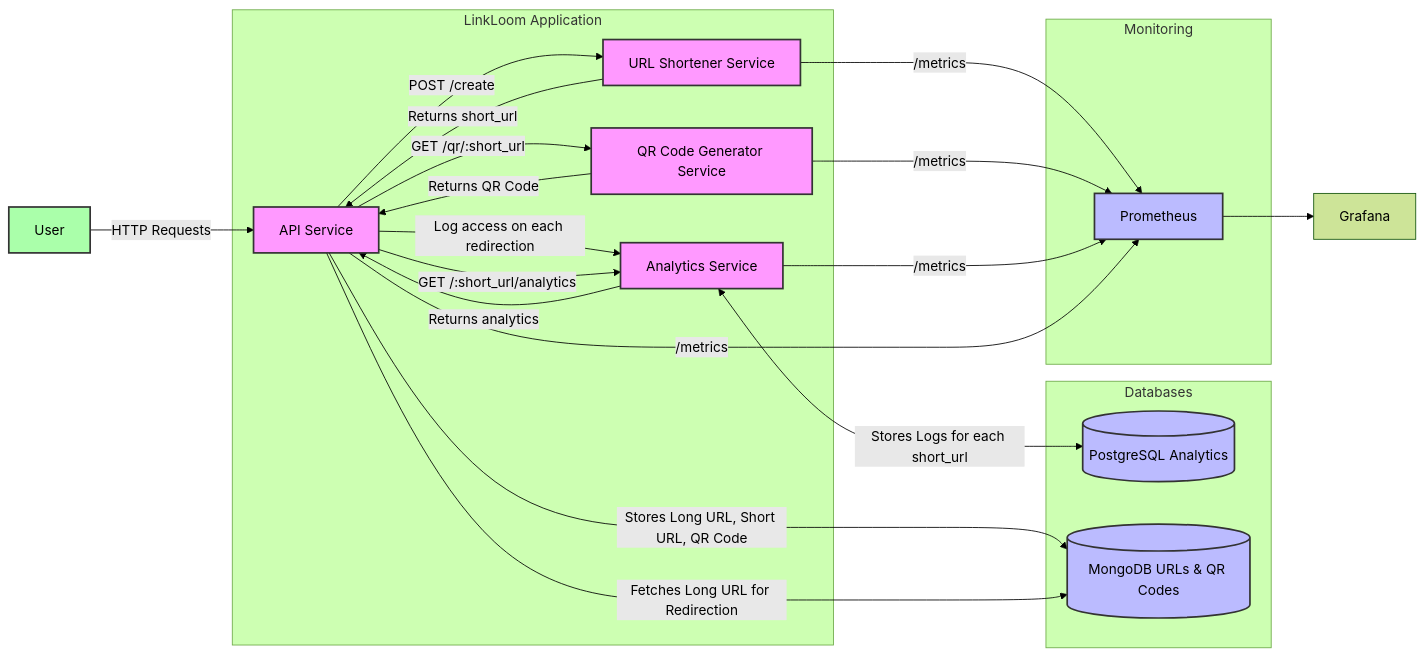
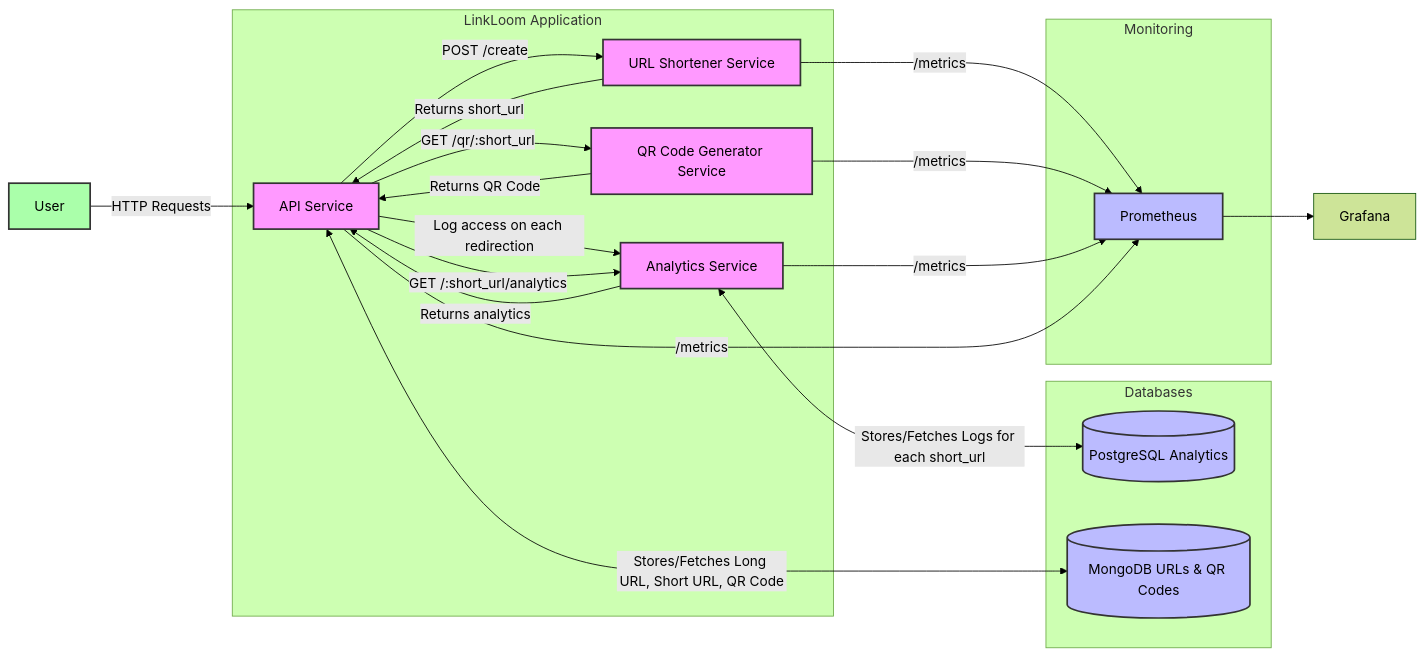
One commit to prajjwalyd/LinkLoom changed the diagram in README.md. Above: the diagram before and after it, drawn with Mermaid (forest theme). The commit also changed other lines of this file, not shown here.

````diff
--- a/README.md
+++ b/README.md
@@ -10,53 +10,52 @@
 ```mermaid
 graph LR
         A1[User]
     
     subgraph "LinkLoom Application"
         A[API Service]
         B[URL Shortener Service]
         C[QR Code Generator Service]
         D[Analytics Service]
     end
     
     subgraph Databases
         E[(PostgreSQL Analytics)]
         F[(MongoDB URLs & QR Codes)]
     end
     
     subgraph Monitoring
         G[Prometheus]
     end
 
     A1 --> |HTTP Requests| A
 
     A --> |POST /create| B
     A --> |GET /qr/:short_url| C
     A --> |Log access on each redirection| D
     A --> |GET /:short_url/analytics| D
     B --> |Returns short_url| A
     C --> |Returns QR Code| A
-    D <--> |Stores Logs for each short_url| E
+    D <--> |Stores/Fetches Logs for each short_url| E
 
     D --> |Returns analytics| A
     
 
-    A --> |Stores Long URL, Short URL, QR Code| F
-    A --> |Fetches Long URL for Redirection| F
+    A <--> |Stores/Fetches Long URL, Short URL, QR Code| F
 
     B --> |/metrics| G
     C --> |/metrics| G
     D --> |/metrics| G
     A --> |/metrics| G
 
     G --> Grafana
 
     style A fill:#f9f,stroke:#333,stroke-width:2px
     style B fill:#f9f,stroke:#333,stroke-width:2px
     style C fill:#f9f,stroke:#333,stroke-width:2px
     style D fill:#f9f,stroke:#333,stroke-width:2px
     style E fill:#bbf,stroke:#333,stroke-width:2px
     style F fill:#bbf,stroke:#333,stroke-width:2px
     style G fill:#bbf,stroke:#333,stroke-width:2px
     style A1 fill:#afa,stroke:#333,stroke-width:2px
 
 ```
````
